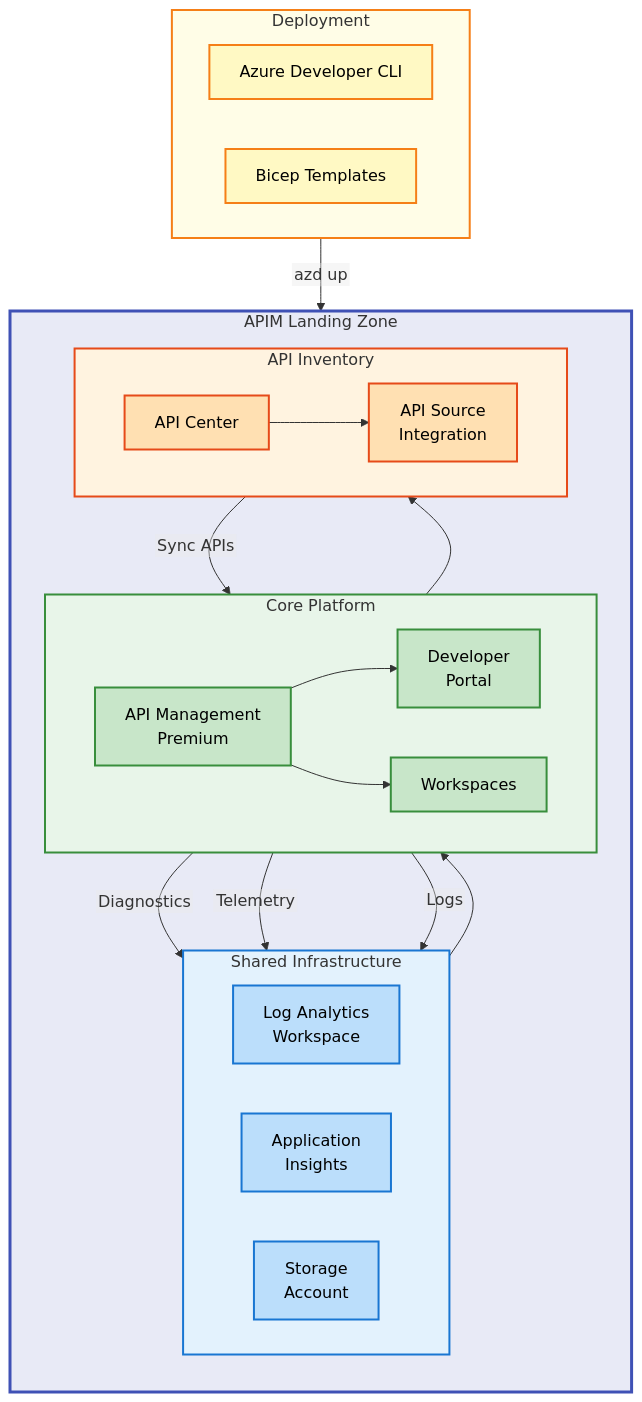
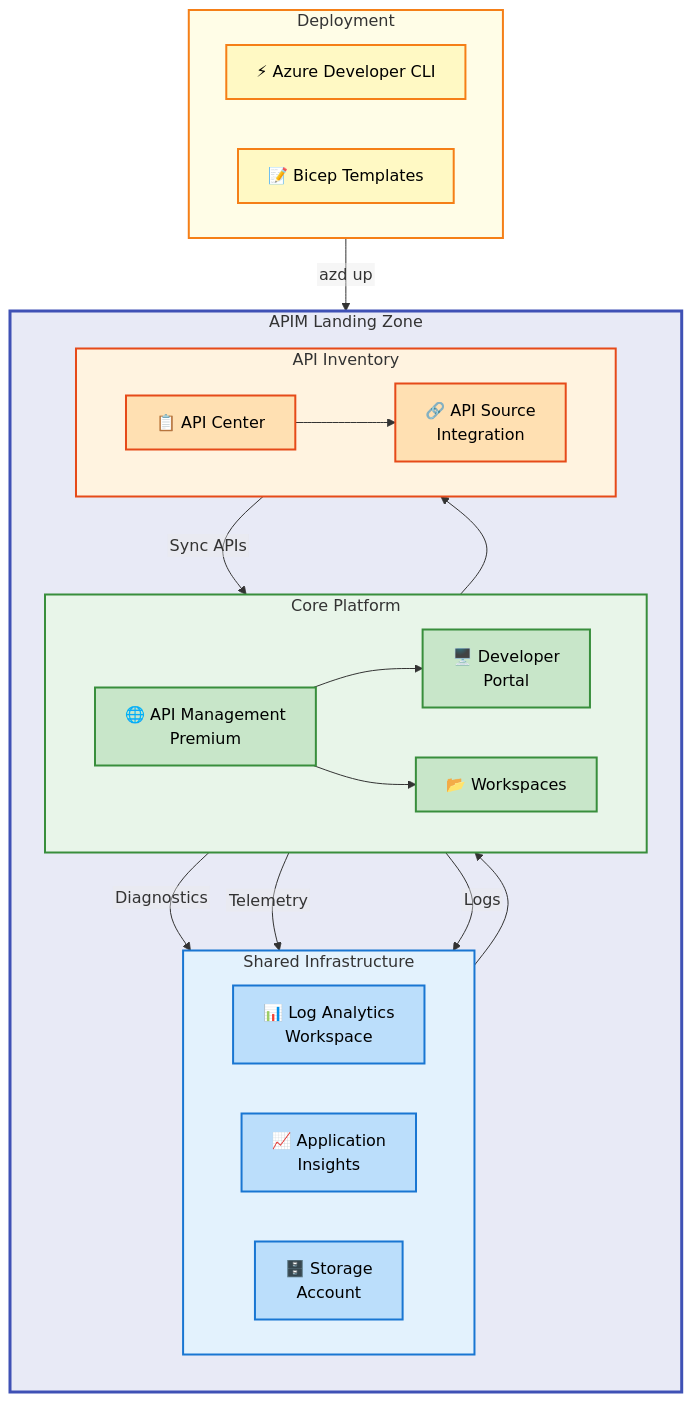
The diagram in README.md (Evilazaro/APIM-Accelerator), drawn with Mermaid before and after one commit.

Commit message:
Enhance architecture diagram in README.md with detailed metadata, improved accessibility features, and updated visual elements

````diff
--- a/README.md
+++ b/README.md
@@ -40,33 +40,67 @@
 ```mermaid
-%%{init: {"flowchart": {"htmlLabels": false}} }%%
+---
+config:
+  flowchart:
+    htmlLabels: false
+---
 flowchart TB
+    accTitle: APIM Landing Zone Architecture
+    accDescr: Architectural diagram showing the three-tier deployment structure of the APIM Accelerator including Shared Infrastructure, Core Platform, and API Inventory layers
+    %% ============================================
+    %% DIAGRAM METADATA
+    %% Title: APIM Landing Zone Architecture
+    %% Purpose: Show layered architecture of APIM Accelerator
+    %% Version: 1.0.0 | Updated: 2026-02-05
+    %% ============================================
+
+    %% ============================================
+    %% STANDARD COLOR SCHEME v2.1
+    %% ============================================
+    %% HIERARCHICAL (structural nesting):
+    %%   Level 1: #E8EAF6 (Indigo 50) - Main container
+    %%   Level 2: #C5CAE9 (Indigo 100) - Sub-containers
+    %% SEMANTIC (functional purpose):
+    %%   Blue=#BBDEFB (Info), Green=#C8E6C9 (Success)
+    %%   Orange=#FFE0B2 (Process), Yellow=#FFF9C4 (Warning)
+    %% ============================================
+
+    %% Full classDef palette (14 required)
+    classDef level1Group fill:#E8EAF6,stroke:#3F51B5,stroke-width:3px,color:#000
+    classDef level2Group fill:#C5CAE9,stroke:#3F51B5,stroke-width:2px,color:#000
+    classDef level3Group fill:#9FA8DA,stroke:#3F51B5,stroke-width:2px,color:#000
+    classDef level4Group fill:#7986CB,stroke:#3F51B5,stroke-width:1px,color:#000
     classDef mainGroup fill:#E8EAF6,stroke:#3F51B5,stroke-width:3px,color:#000
+    classDef subGroup fill:#C5CAE9,stroke:#3F51B5,stroke-width:2px,color:#000
     classDef mdBlue fill:#BBDEFB,stroke:#1976D2,stroke-width:2px,color:#000
     classDef mdGreen fill:#C8E6C9,stroke:#388E3C,stroke-width:2px,color:#000
+    classDef mdYellow fill:#FFF9C4,stroke:#F57F17,stroke-width:2px,color:#000
+    classDef mdRed fill:#FFCDD2,stroke:#D32F2F,stroke-width:2px,color:#000
     classDef mdOrange fill:#FFE0B2,stroke:#E64A19,stroke-width:2px,color:#000
-    classDef mdYellow fill:#FFF9C4,stroke:#F57F17,stroke-width:2px,color:#000
+    classDef mdPurple fill:#E1BEE7,stroke:#7B1FA2,stroke-width:2px,color:#000
+    classDef mdTeal fill:#B2DFDB,stroke:#00796B,stroke-width:2px,color:#000
+    classDef mdGrey fill:#F5F5F5,stroke:#616161,stroke-width:2px,color:#000
 
     subgraph landingZone["APIM Landing Zone"]
         direction TB
 
         subgraph shared["Shared Infrastructure"]
             direction LR
-            logAnalytics["Log Analytics<br/>Workspace"]:::mdBlue
-            appInsights["Application<br/>Insights"]:::mdBlue
-            storage["Storage<br/>Account"]:::mdBlue
+            logAnalytics["📊 Log Analytics<br/>Workspace"]:::mdBlue
+            appInsights["📈 Application<br/>Insights"]:::mdBlue
+            storage["🗄️ Storage<br/>Account"]:::mdBlue
         end
 
         subgraph core["Core Platform"]
             direction LR
-            apim["API Management<br/>Premium"]:::mdGreen
-            devPortal["Developer<br/>Portal"]:::mdGreen
-            workspaces["Workspaces"]:::mdGreen
+            apim["🌐 API Management<br/>Premium"]:::mdGreen
+            devPortal["🖥️ Developer<br/>Portal"]:::mdGreen
+            workspaces["📂 Workspaces"]:::mdGreen
         end
 
         subgraph inventory["API Inventory"]
             direction LR
-            apiCenter["API Center"]:::mdOrange
-            apiSource["API Source<br/>Integration"]:::mdOrange
+            apiCenter["📋 API Center"]:::mdOrange
+            apiSource["🔗 API Source<br/>Integration"]:::mdOrange
         end
 
         shared --> core
@@ -82,15 +116,20 @@
 
     subgraph deployment["Deployment"]
         direction LR
-        azd["Azure Developer CLI"]:::mdYellow
-        bicep["Bicep Templates"]:::mdYellow
+        azd["⚡ Azure Developer CLI"]:::mdYellow
+        bicep["📝 Bicep Templates"]:::mdYellow
     end
 
     deployment -->|"azd up"| landingZone
 
+    %% ============================================
+    %% SUBGRAPH STYLING (5 subgraphs = 5 directives)
+    %% ============================================
     style landingZone fill:#E8EAF6,stroke:#3F51B5,stroke-width:3px
     style shared fill:#E3F2FD,stroke:#1976D2,stroke-width:2px
     style core fill:#E8F5E9,stroke:#388E3C,stroke-width:2px
     style inventory fill:#FFF3E0,stroke:#E64A19,stroke-width:2px
     style deployment fill:#FFFDE7,stroke:#F57F17,stroke-width:2px
+
+    %% Accessibility: WCAG AA verified (4.5:1 contrast ratio)
 ```
````
